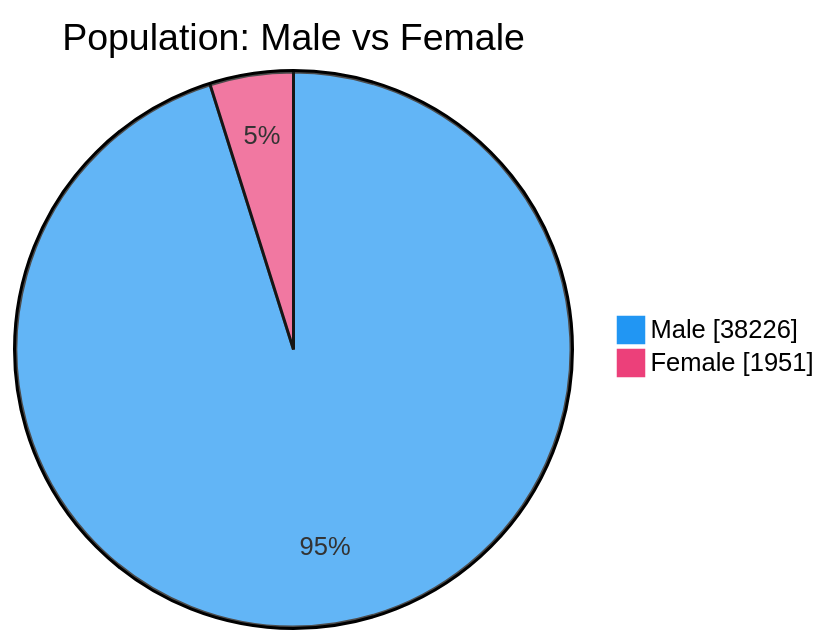
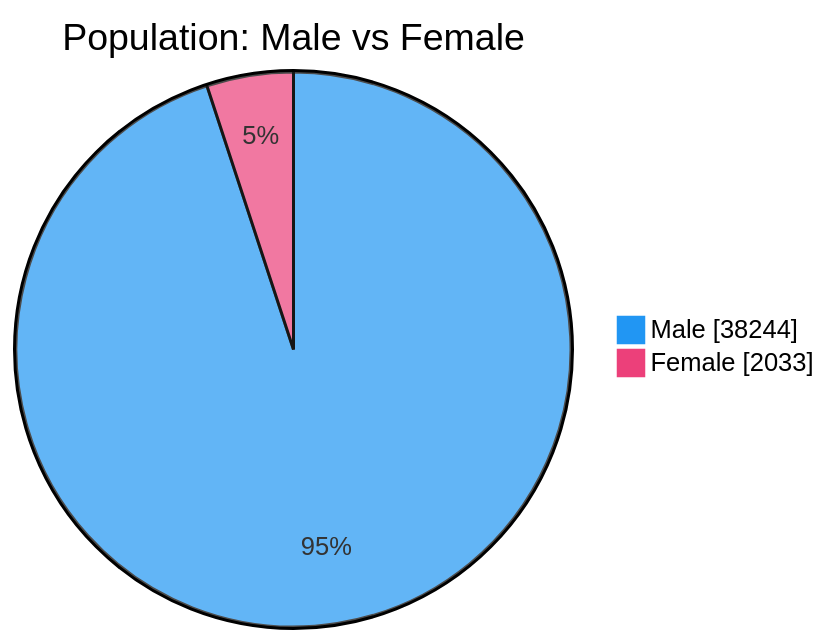
Before and after one commit to nuuuwan/lk_prisons: the second of 7 diagrams in README.md, drawn with Mermaid. The commit also changed other lines of this file and 1 other file, not shown here.

````diff
--- a/README.md
+++ b/README.md
@@ -54,6 +54,6 @@
 ```mermaid
 %%{init: {'themeVariables': {'pie1': '#2196F3', 'pie2': '#EC407A'}}}%%
 pie showData title Population: Male vs Female
-    "Male" : 38226
-    "Female" : 1951
+    "Male" : 38244
+    "Female" : 2033
 ```
````
